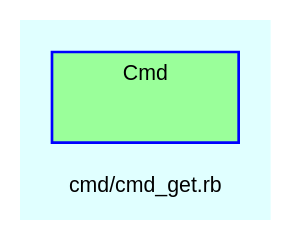
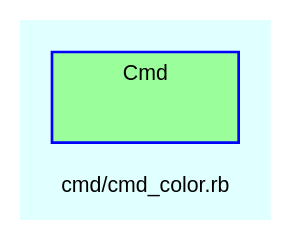
The diagram in doc/dot/f_33.dot (Tyche/teensymud), drawn with Graphviz before and after one commit. The commit also changed 154 other files, not shown here.

```diff
--- a/doc/dot/f_33.dot
+++ b/doc/dot/f_33.dot
@@ -1,29 +1,29 @@
 digraph TopLevel {
     compound = true
     bgcolor = lightcyan1
     fontname = Arial
     fontsize = 8
-    label = "cmd/cmd_get.rb"
+    label = "cmd/cmd_color.rb"
     node [
         fontname = Arial,
         fontsize = 8,
         color = black
     ]
 
     subgraph cluster_Cmd {
         fillcolor = palegreen1
         URL = "classes/Cmd.html"
         fontname = Arial
         color = blue
         label = "Cmd"
         style = filled
         Cmd [
             shape = plaintext,
             height = 0.01,
             width = 0.75,
             label = ""
         ]
 
     }
 
 }
```
